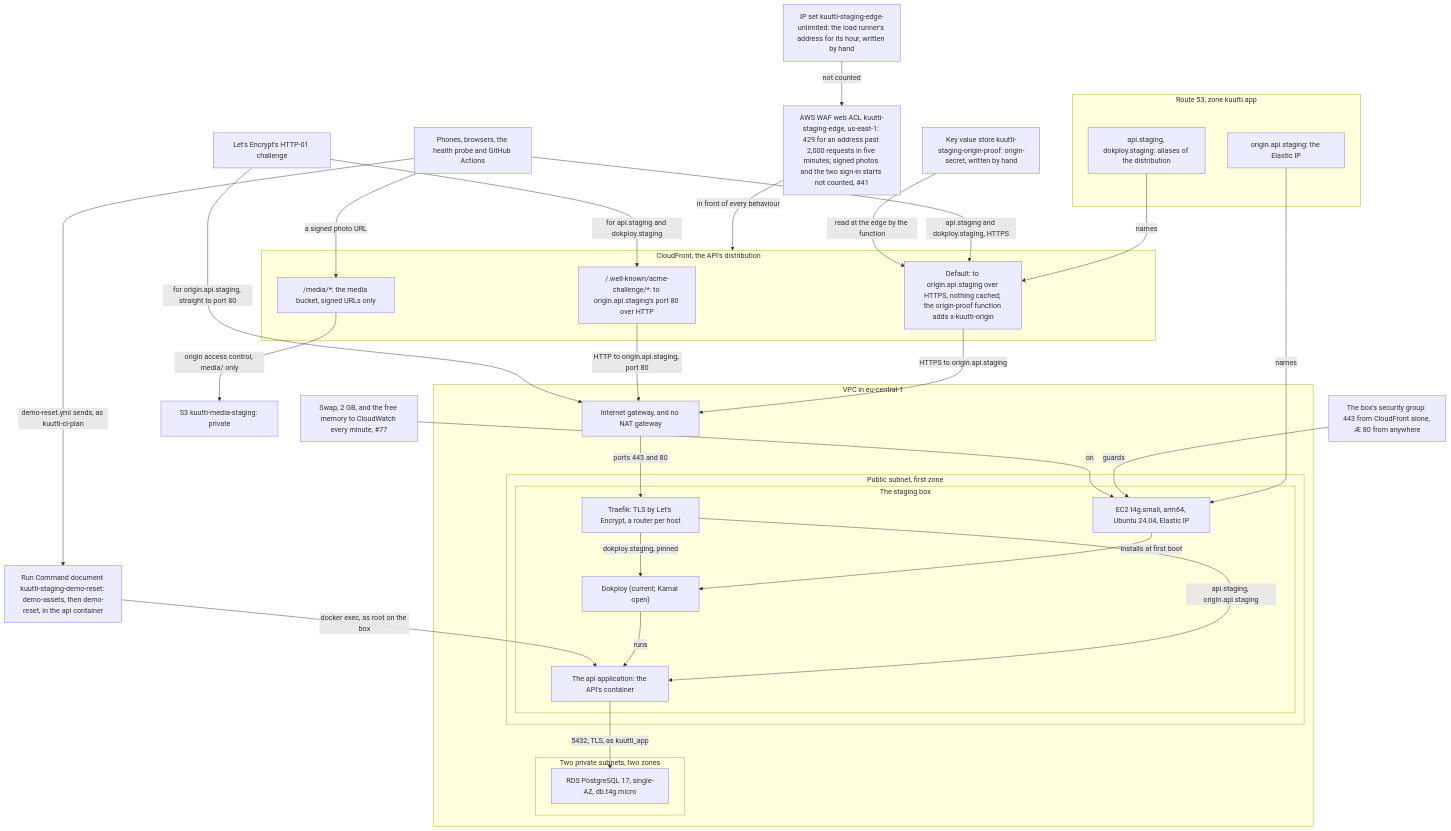
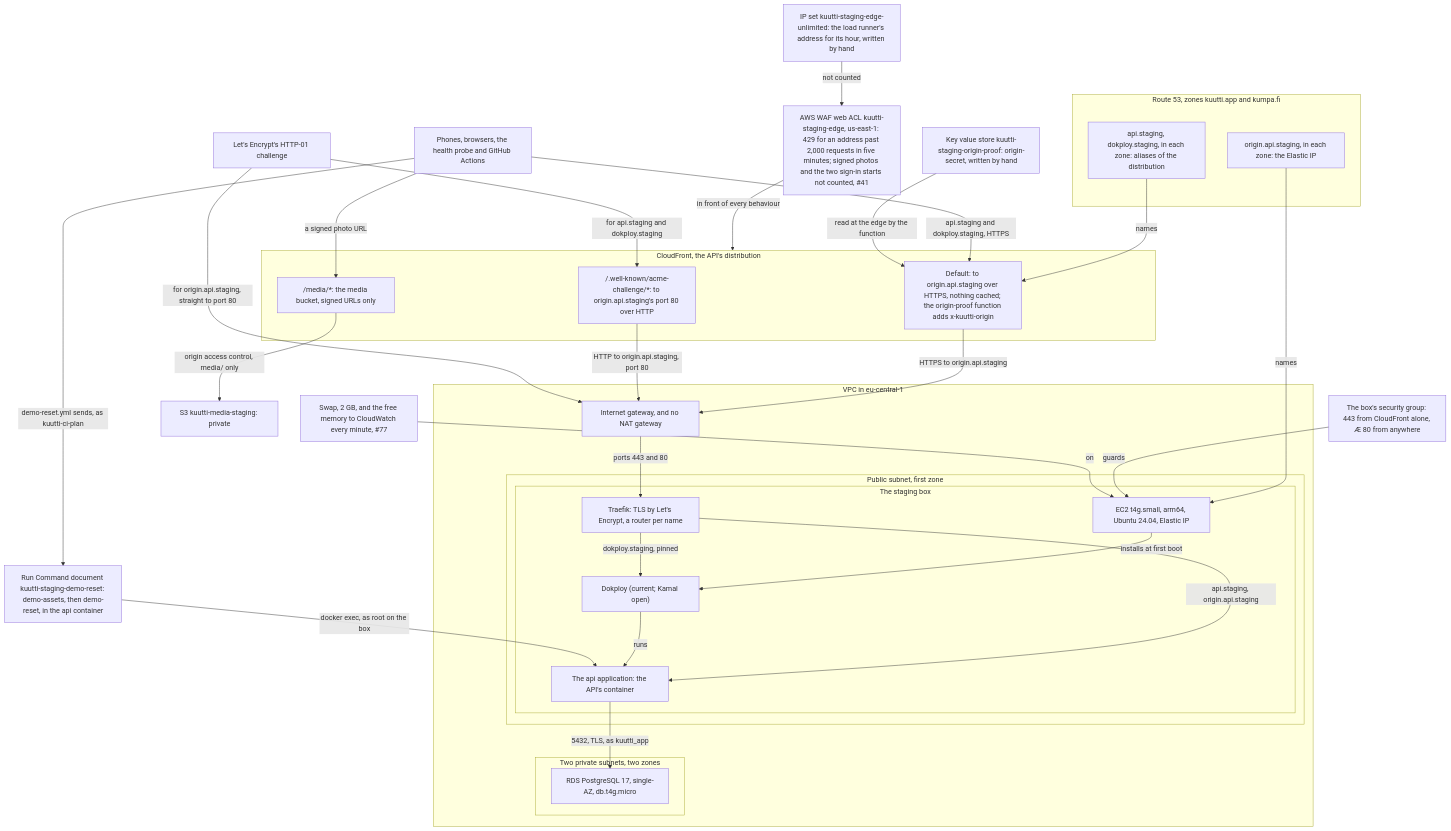
The second of 5 diagrams in docs/architecture/deployment.md (kuutti-ry/kumpa-app), drawn with Mermaid before and after one commit. The commit also changed other lines of this file and 31 other files, not shown here.

First line of the commit message:
Answer under kumpa.fi beside kuutti.app, switch nothing yet (#713)

````diff
--- a/docs/architecture/deployment.md
+++ b/docs/architecture/deployment.md
@@ -68,60 +68,60 @@
 ```mermaid
 flowchart TB
   accTitle: Deployment, part 2: staging, its network and its box
-  accDescr: api.staging.kuutti.app and Dokploy's control plane at dokploy.staging are CloudFront, which serves photos from the private media bucket, sends Let's Encrypt's challenge to the box's port 80 over HTTP and everything else over HTTPS to the box. GitHub Actions can also send one Run Command document that returns the demo personas to where they begin inside the API's container. On the box, in a public subnet, Traefik terminates TLS and routes by host to Dokploy and the API. RDS PostgreSQL sits in two private subnets with no NAT. The box's 443 answers CloudFront alone (#198), and its port 80 stays open for Let's Encrypt's challenge and the redirect. A web ACL at the edge refuses an address past 2,000 requests in five minutes before what it sends through the distribution reaches the box, except an address in its allow list, which is written by hand. The box has 2 GB of swap and pushes its free memory to CloudWatch every minute.
+  accDescr: api.staging.kuutti.app and Dokploy's control plane at dokploy.staging, each with a second name under kumpa.fi (ADR-072), are CloudFront, which serves photos from the private media bucket, sends Let's Encrypt's challenge to the box's port 80 over HTTP and everything else over HTTPS to the box. GitHub Actions can also send one Run Command document that returns the demo personas to where they begin inside the API's container. On the box, in a public subnet, Traefik terminates TLS and routes by host to Dokploy and the API. RDS PostgreSQL sits in two private subnets with no NAT. The box's 443 answers CloudFront alone (#198), and its port 80 stays open for Let's Encrypt's challenge and the redirect. A web ACL at the edge refuses an address past 2,000 requests in five minutes before what it sends through the distribution reaches the box, except an address in its allow list, which is written by hand. The box has 2 GB of swap and pushes its free memory to CloudWatch every minute.
   n11["Phones, browsers, the health probe and GitHub Actions"]
   n62["Let's Encrypt's HTTP-01 challenge"]
-  subgraph dns["Route 53, zone kuutti.app"]
-    n12["api.staging, dokploy.staging: aliases of the distribution"]
-    n13["origin.api.staging: the Elastic IP"]
+  subgraph dns["Route 53, zones kuutti.app and kumpa.fi"]
+    n12["api.staging, dokploy.staging, in each zone: aliases of the distribution"]
+    n13["origin.api.staging, in each zone: the Elastic IP"]
   end
   subgraph cdn["CloudFront, the API's distribution"]
     n14["Default: to origin.api.staging over HTTPS, nothing cached; the origin-proof function adds x-kuutti-origin"]
     n15["/media/*: the media bucket, signed URLs only"]
     n61["/.well-known/acme-challenge/*: to origin.api.staging's port 80 over HTTP"]
   end
   n64["AWS WAF web ACL kuutti-staging-edge, us-east-1: 429 for an address past 2,000 requests in five minutes; signed photos and the two sign-in starts not counted, #41"]
   n65["IP set kuutti-staging-edge-unlimited: the load runner's address for its hour, written by hand"]
   n63["Key value store kuutti-staging-origin-proof: origin-secret, written by hand"]
   n16["S3 kuutti-media-staging: private"]
   subgraph vpcnet["VPC in eu-central-1"]
     n17["Internet gateway, and no NAT gateway"]
     subgraph pubnet["Public subnet, first zone"]
       subgraph ec2box["The staging box"]
         n18["EC2 t4g.small, arm64, Ubuntu 24.04, Elastic IP"]
-        n19["Traefik: TLS by Let's Encrypt, a router per host"]
+        n19["Traefik: TLS by Let's Encrypt, a router per name"]
         n20["Dokploy (current; Kamal open)"]
         n21["The api application: the API's container"]
       end
     end
     subgraph privnet["Two private subnets, two zones"]
       n23["RDS PostgreSQL 17, single-AZ, db.t4g.micro"]
     end
   end
   n24["The box's security group: 443 from CloudFront alone, #198; 80 from anywhere"]
   n25["Swap, 2 GB, and the free memory to CloudWatch every minute, #77"]
   n60["Run Command document kuutti-staging-demo-reset: demo-assets, then demo-reset, in the api container"]
   n12 -->|"names"| n14
   n13 -->|"names"| n18
   n11 -->|"api.staging and dokploy.staging, HTTPS"| n14
   n11 -->|"a signed photo URL"| n15
   n15 -->|"origin access control, media/ only"| n16
   n63 -->|"read at the edge by the function"| n14
   n64 -->|"in front of every behaviour"| cdn
   n65 -->|"not counted"| n64
   n14 -->|"HTTPS to origin.api.staging"| n17
   n62 -->|"for api.staging and dokploy.staging"| n61
   n61 -->|"HTTP to origin.api.staging, port 80"| n17
   n62 -->|"for origin.api.staging, straight to port 80"| n17
   n17 -->|"ports 443 and 80"| n19
   n18 -->|"installs at first boot"| n20
   n19 -->|"api.staging, origin.api.staging"| n21
   n19 -->|"dokploy.staging, pinned"| n20
   n20 -->|"runs"| n21
   n21 -->|"5432, TLS, as kuutti_app"| n23
   n24 -->|"guards"| n18
   n25 -->|"on"| n18
   n11 -->|"demo-reset.yml sends, as kuutti-ci-plan"| n60
   n60 -->|"docker exec, as root on the box"| n21
   classDef notbuilt stroke-dasharray: 5 5
 ```
````
